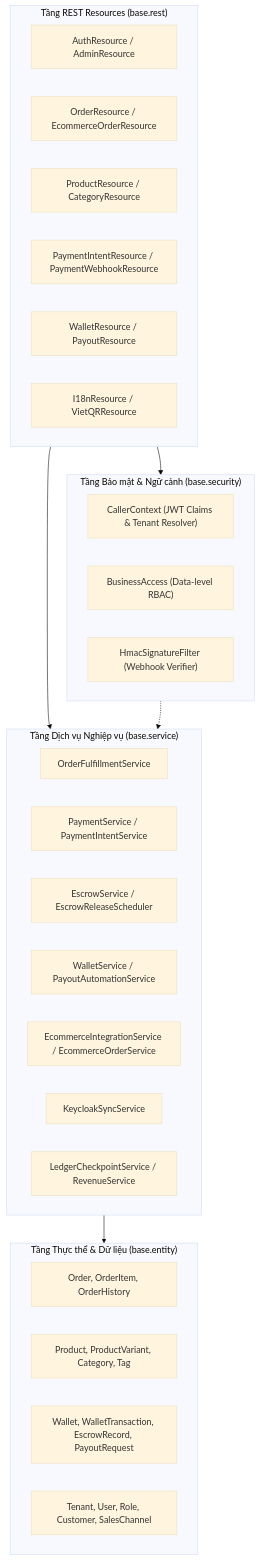
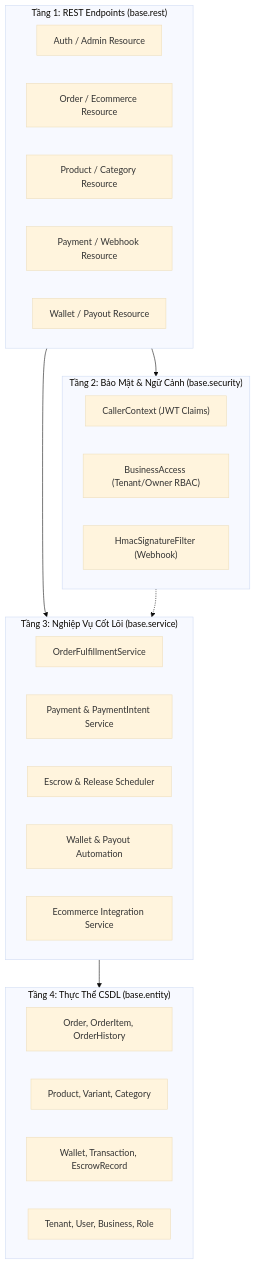
One commit to nhimtjofc/v-erp-lite changed the sixth of 14 diagrams in docs/ARCHITECTURE_ARC42.md. Above: the diagram before and after it, drawn with Mermaid (base theme). The commit also changed other lines of this file, not shown here.

````diff
--- a/docs/ARCHITECTURE_ARC42.md
+++ b/docs/ARCHITECTURE_ARC42.md
@@ -267,39 +291,36 @@
 ```mermaid
-graph TD
-    subgraph REST_Layer ["Tầng REST Resources (base.rest)"]
-        AuthRes["AuthResource / AdminResource"]
-        OrderRes["OrderResource / EcommerceOrderResource"]
-        ProdRes["ProductResource / CategoryResource"]
-        PayRes["PaymentIntentResource / PaymentWebhookResource"]
-        WalletRes["WalletResource / PayoutResource"]
-        I18nRes["I18nResource / VietQRResource"]
+flowchart TB
+    subgraph REST_Layer ["Tầng 1: REST Endpoints (base.rest)"]
+        AuthRes["Auth / Admin Resource"]
+        OrderRes["Order / Ecommerce Resource"]
+        ProdRes["Product / Category Resource"]
+        PayRes["Payment / Webhook Resource"]
+        WalletRes["Wallet / Payout Resource"]
     end
 
-    subgraph Security_Layer ["Tầng Bảo mật & Ngữ cảnh (base.security)"]
-        CallerCtx["CallerContext (JWT Claims & Tenant Resolver)"]
-        BizAccess["BusinessAccess (Data-level RBAC)"]
-        HmacFilter["HmacSignatureFilter (Webhook Verifier)"]
+    subgraph Security_Layer ["Tầng 2: Bảo Mật & Ngữ Cảnh (base.security)"]
+        CallerCtx["CallerContext (JWT Claims)"]
+        BizAccess["BusinessAccess (Tenant/Owner RBAC)"]
+        HmacFilter["HmacSignatureFilter (Webhook)"]
     end
 
-    subgraph Service_Layer ["Tầng Dịch vụ Nghiệp vụ (base.service)"]
+    subgraph Service_Layer ["Tầng 3: Nghiệp Vụ Cốt Lõi (base.service)"]
         OrderFulfill["OrderFulfillmentService"]
-        PayService["PaymentService / PaymentIntentService"]
-        EscrowServ["EscrowService / EscrowReleaseScheduler"]
-        WalletServ["WalletService / PayoutAutomationService"]
-        EcomSync["EcommerceIntegrationService / EcommerceOrderService"]
-        SyncServ["KeycloakSyncService"]
-        LedgerServ["LedgerCheckpointService / RevenueService"]
+        PayService["Payment & PaymentIntent Service"]
+        EscrowServ["Escrow & Release Scheduler"]
+        WalletServ["Wallet & Payout Automation"]
+        EcomSync["Ecommerce Integration Service"]
     end
 
-    subgraph Entity_Layer ["Tầng Thực thể & Dữ liệu (base.entity)"]
+    subgraph Entity_Layer ["Tầng 4: Thực Thể CSDL (base.entity)"]
         EntOrder["Order, OrderItem, OrderHistory"]
-        EntProd["Product, ProductVariant, Category, Tag"]
-        EntFin["Wallet, WalletTransaction, EscrowRecord, PayoutRequest"]
-        EntSys["Tenant, User, Role, Customer, SalesChannel"]
+        EntProd["Product, Variant, Category"]
+        EntFin["Wallet, Transaction, EscrowRecord"]
+        EntSys["Tenant, User, Business, Role"]
     end
 
     REST_Layer --> Security_Layer
     REST_Layer --> Service_Layer
     Service_Layer --> Entity_Layer
     Security_Layer -.-> Service_Layer
 ```
````
